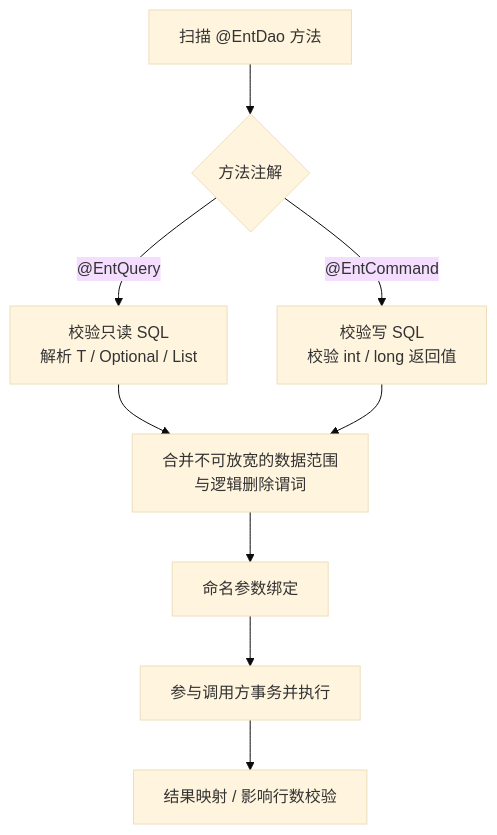
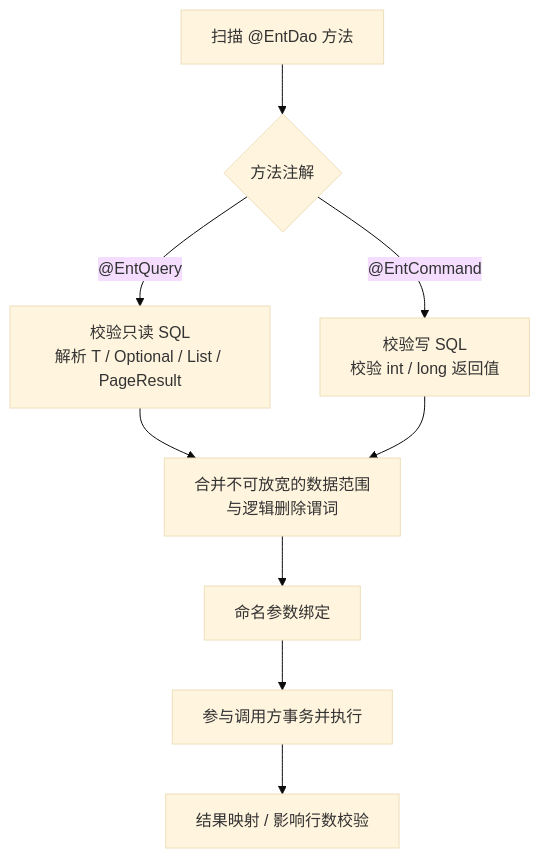
Before and after one commit to ent-loom/ent-loom: the second of 2 diagrams in docs/architecture/components/crud/实体DAO自定义方法.md, drawn with Mermaid (base theme). The commit also changed other lines of this file and 10 other files, not shown here.

````diff
--- a/docs/architecture/components/crud/实体DAO自定义方法.md
+++ b/docs/architecture/components/crud/实体DAO自定义方法.md
@@ -85,11 +86,11 @@
 ```mermaid
 flowchart TD
     method["扫描 @EntDao 方法"] --> kind{"方法注解"}
-    kind -->|"@EntQuery"| queryCheck["校验只读 SQL<br/>解析 T / Optional / List"]
+    kind -->|"@EntQuery"| queryCheck["校验只读 SQL<br/>解析 T / Optional / List / PageResult"]
     kind -->|"@EntCommand"| commandCheck["校验写 SQL<br/>校验 int / long 返回值"]
     queryCheck --> scope["合并不可放宽的数据范围<br/>与逻辑删除谓词"]
     commandCheck --> scope
     scope --> bind["命名参数绑定"]
     bind --> execute["参与调用方事务并执行"]
     execute --> map["结果映射 / 影响行数校验"]
 ```
````
